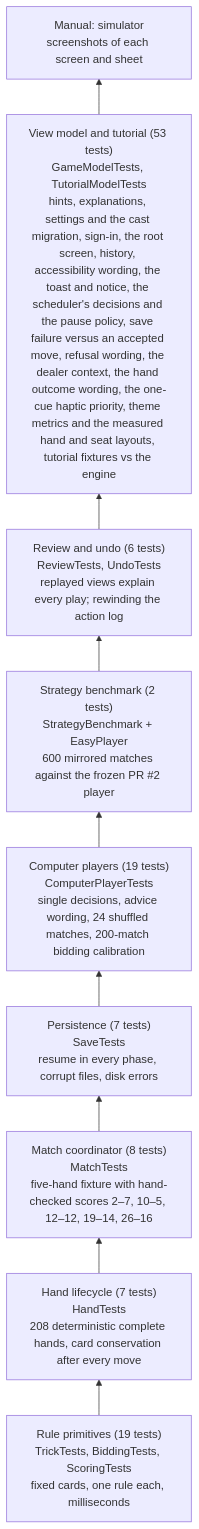
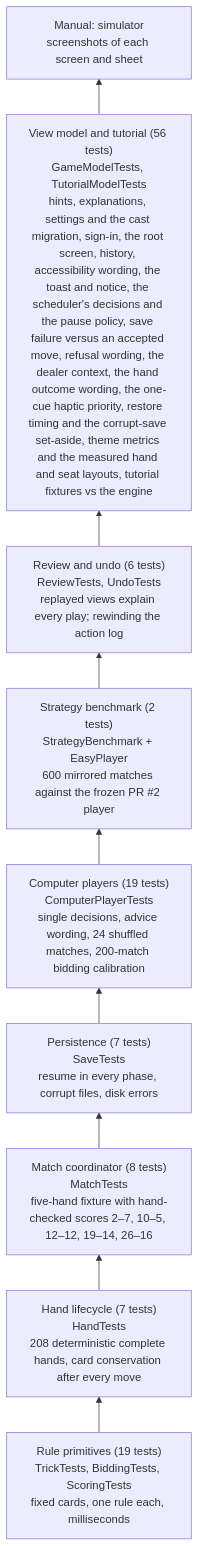
The first of 2 diagrams in docs/testing.md (cmurphy1140/catch-5), drawn with Mermaid before and after one commit. The commit also changed other lines of this file and 11 other files, not shown here.

First line of the commit message:
Launch and restoration: measured restore, corrupt save kept, resume context, dark launch (#29)

````diff
--- a/docs/testing.md
+++ b/docs/testing.md
@@ -40,13 +40,13 @@
 ```mermaid
 flowchart BT
     L1["Rule primitives (19 tests)<br/>TrickTests, BiddingTests, ScoringTests<br/>fixed cards, one rule each, milliseconds"]
     L2["Hand lifecycle (7 tests)<br/>HandTests<br/>208 deterministic complete hands, card conservation after every move"]
     L3["Match coordinator (8 tests)<br/>MatchTests<br/>five-hand fixture with hand-checked scores 2–7, 10–5, 12–12, 19–14, 26–16"]
     L4["Persistence (7 tests)<br/>SaveTests<br/>resume in every phase, corrupt files, disk errors"]
     L5["Computer players (19 tests)<br/>ComputerPlayerTests<br/>single decisions, advice wording, 24 shuffled matches, 200-match bidding calibration"]
     L5b["Strategy benchmark (2 tests)<br/>StrategyBenchmark + EasyPlayer<br/>600 mirrored matches against the frozen PR #2 player"]
     L5c["Review and undo (6 tests)<br/>ReviewTests, UndoTests<br/>replayed views explain every play; rewinding the action log"]
-    L6["View model and tutorial (53 tests)<br/>GameModelTests, TutorialModelTests<br/>hints, explanations, settings and the cast migration, sign-in, the root screen, history, accessibility wording, the toast and notice, the scheduler's decisions and the pause policy, save failure versus an accepted move, refusal wording, the dealer context, the hand outcome wording, the one-cue haptic priority, theme metrics and the measured hand and seat layouts, tutorial fixtures vs the engine"]
+    L6["View model and tutorial (56 tests)<br/>GameModelTests, TutorialModelTests<br/>hints, explanations, settings and the cast migration, sign-in, the root screen, history, accessibility wording, the toast and notice, the scheduler's decisions and the pause policy, save failure versus an accepted move, refusal wording, the dealer context, the hand outcome wording, the one-cue haptic priority, restore timing and the corrupt-save set-aside, theme metrics and the measured hand and seat layouts, tutorial fixtures vs the engine"]
     L7["Manual: simulator<br/>screenshots of each screen and sheet"]
     L1 --> L2 --> L3 --> L4 --> L5 --> L5b --> L5c --> L6 --> L7
 ```
````
